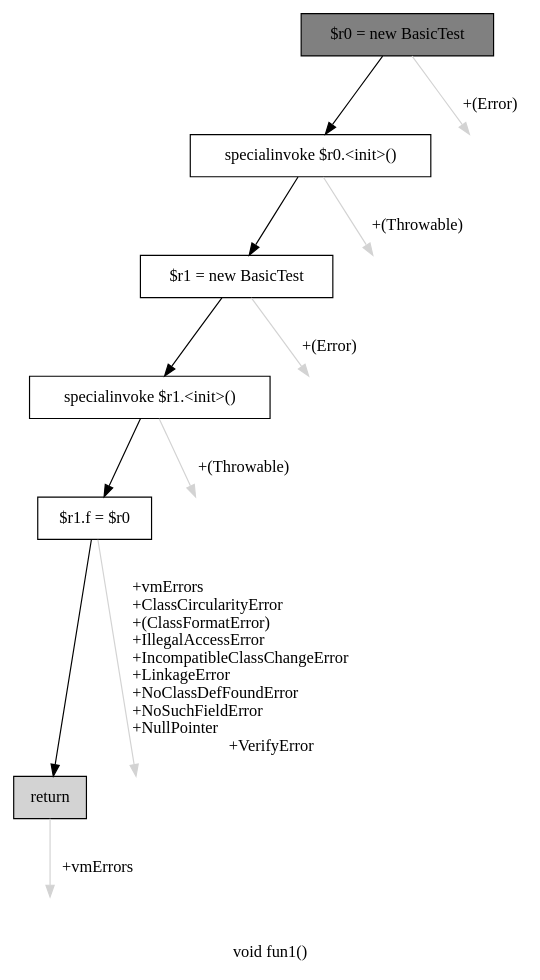
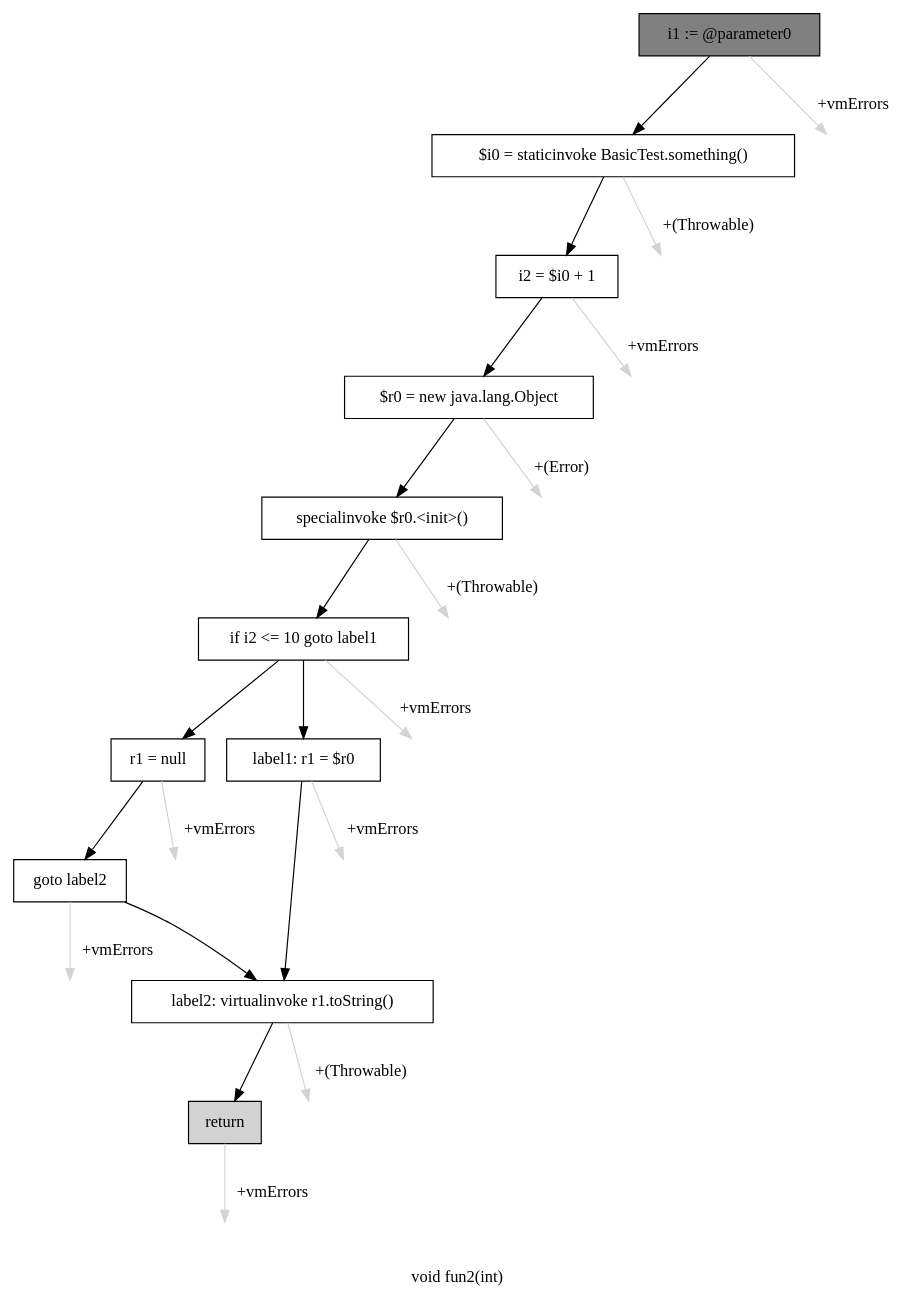
One commit to gourishankerJK/DeReference-Pointer-Analysis changed the diagram in cfg.dot. Above: the diagram before and after it, drawn with Graphviz. The commit also changed 3 other files, not shown here.

```diff
--- a/cfg.dot
+++ b/cfg.dot
@@ -1,27 +1,48 @@
-digraph "void fun1()" {
-    label="void fun1()";
+digraph "void fun2(int)" {
+    label="void fun2(int)";
     node [shape=box];
-    "0" [style=filled,fillcolor=gray,label="$r0 = new BasicTest",];
-    "1" [label="specialinvoke $r0.<init>()",];
+    "0" [style=filled,fillcolor=gray,label="i1 := @parameter0",];
+    "1" [label="$i0 = staticinvoke BasicTest.something()",];
     "0"->"1" [color=black,];
-    "6" [style=invis,label="Esc",];
-    "0"->"6" [color=lightgray,label="\l+(Error)",];
-    "2" [label="$r1 = new BasicTest",];
+    "11" [style=invis,label="Esc",];
+    "0"->"11" [color=lightgray,label="\l+vmErrors",];
+    "2" [label="i2 = $i0 + 1",];
     "1"->"2" [color=black,];
-    "7" [style=invis,label="Esc",];
-    "1"->"7" [color=lightgray,label="\l+(Throwable)",];
-    "3" [label="specialinvoke $r1.<init>()",];
+    "12" [style=invis,label="Esc",];
+    "1"->"12" [color=lightgray,label="\l+(Throwable)",];
+    "3" [label="$r0 = new java.lang.Object",];
     "2"->"3" [color=black,];
-    "8" [style=invis,label="Esc",];
-    "2"->"8" [color=lightgray,label="\l+(Error)",];
-    "4" [label="$r1.f = $r0",];
+    "13" [style=invis,label="Esc",];
+    "2"->"13" [color=lightgray,label="\l+vmErrors",];
+    "4" [label="specialinvoke $r0.<init>()",];
     "3"->"4" [color=black,];
-    "9" [style=invis,label="Esc",];
-    "3"->"9" [color=lightgray,label="\l+(Throwable)",];
-    "5" [style=filled,fillcolor=lightgray,label="return",];
+    "14" [style=invis,label="Esc",];
+    "3"->"14" [color=lightgray,label="\l+(Error)",];
+    "5" [label="if i2 <= 10 goto label1",];
     "4"->"5" [color=black,];
-    "10" [style=invis,label="Esc",];
-    "4"->"10" [color=lightgray,label="\l+vmErrors\l+ClassCircularityError\l+(ClassFormatError)\l+IllegalAccessError\l+IncompatibleClassChangeError\l+LinkageError\l+NoClassDefFoundError\l+NoSuchFieldError\l+NullPointer\l+VerifyError",];
-    "11" [style=invis,label="Esc",];
-    "5"->"11" [color=lightgray,label="\l+vmErrors",];
+    "15" [style=invis,label="Esc",];
+    "4"->"15" [color=lightgray,label="\l+(Throwable)",];
+    "6" [label="r1 = null",];
+    "5"->"6" [color=black,];
+    "8" [label="label1: r1 = $r0",];
+    "5"->"8" [color=black,];
+    "16" [style=invis,label="Esc",];
+    "5"->"16" [color=lightgray,label="\l+vmErrors",];
+    "7" [label="goto label2",];
+    "6"->"7" [color=black,];
+    "17" [style=invis,label="Esc",];
+    "6"->"17" [color=lightgray,label="\l+vmErrors",];
+    "9" [label="label2: virtualinvoke r1.toString()",];
+    "7"->"9" [color=black,];
+    "18" [style=invis,label="Esc",];
+    "7"->"18" [color=lightgray,label="\l+vmErrors",];
+    "8"->"9" [color=black,];
+    "19" [style=invis,label="Esc",];
+    "8"->"19" [color=lightgray,label="\l+vmErrors",];
+    "10" [style=filled,fillcolor=lightgray,label="return",];
+    "9"->"10" [color=black,];
+    "20" [style=invis,label="Esc",];
+    "9"->"20" [color=lightgray,label="\l+(Throwable)",];
+    "21" [style=invis,label="Esc",];
+    "10"->"21" [color=lightgray,label="\l+vmErrors",];
 }
```
